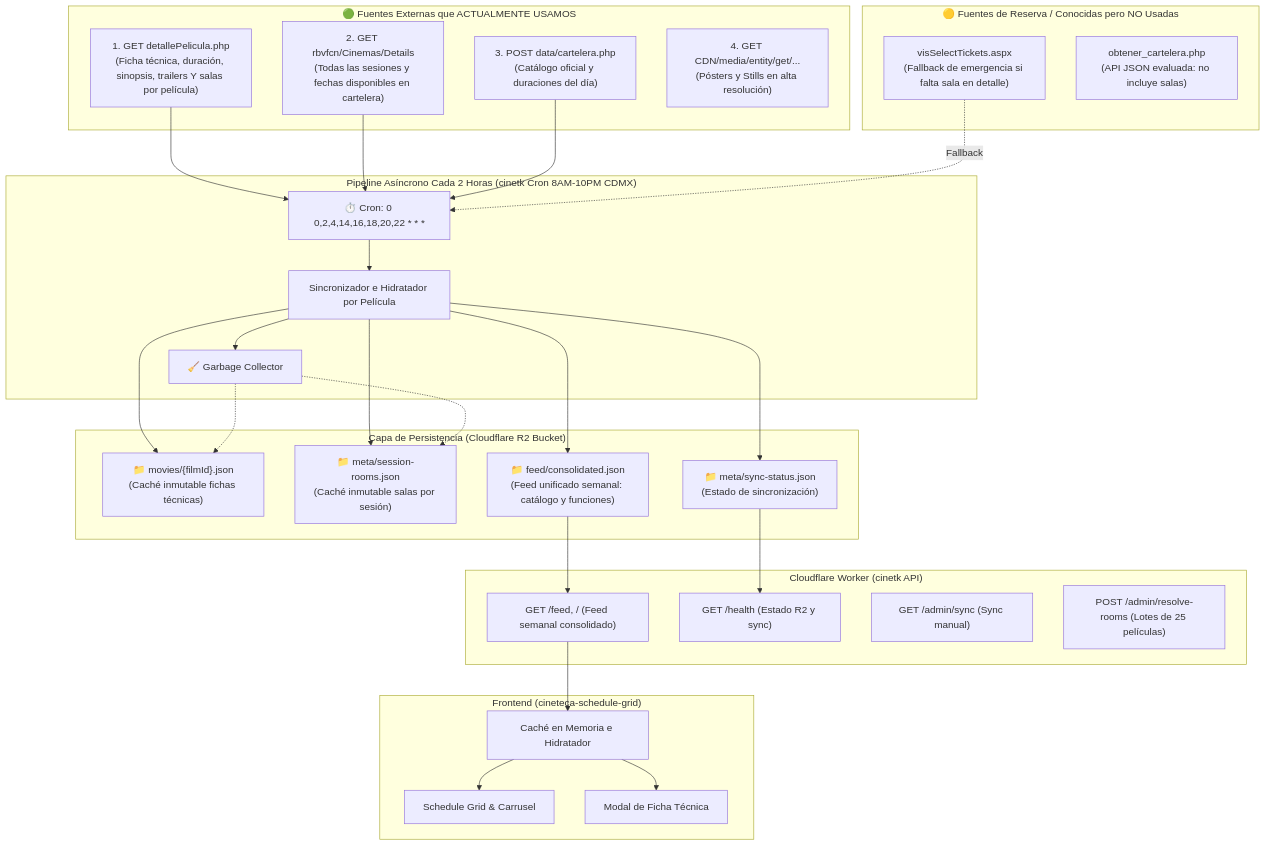
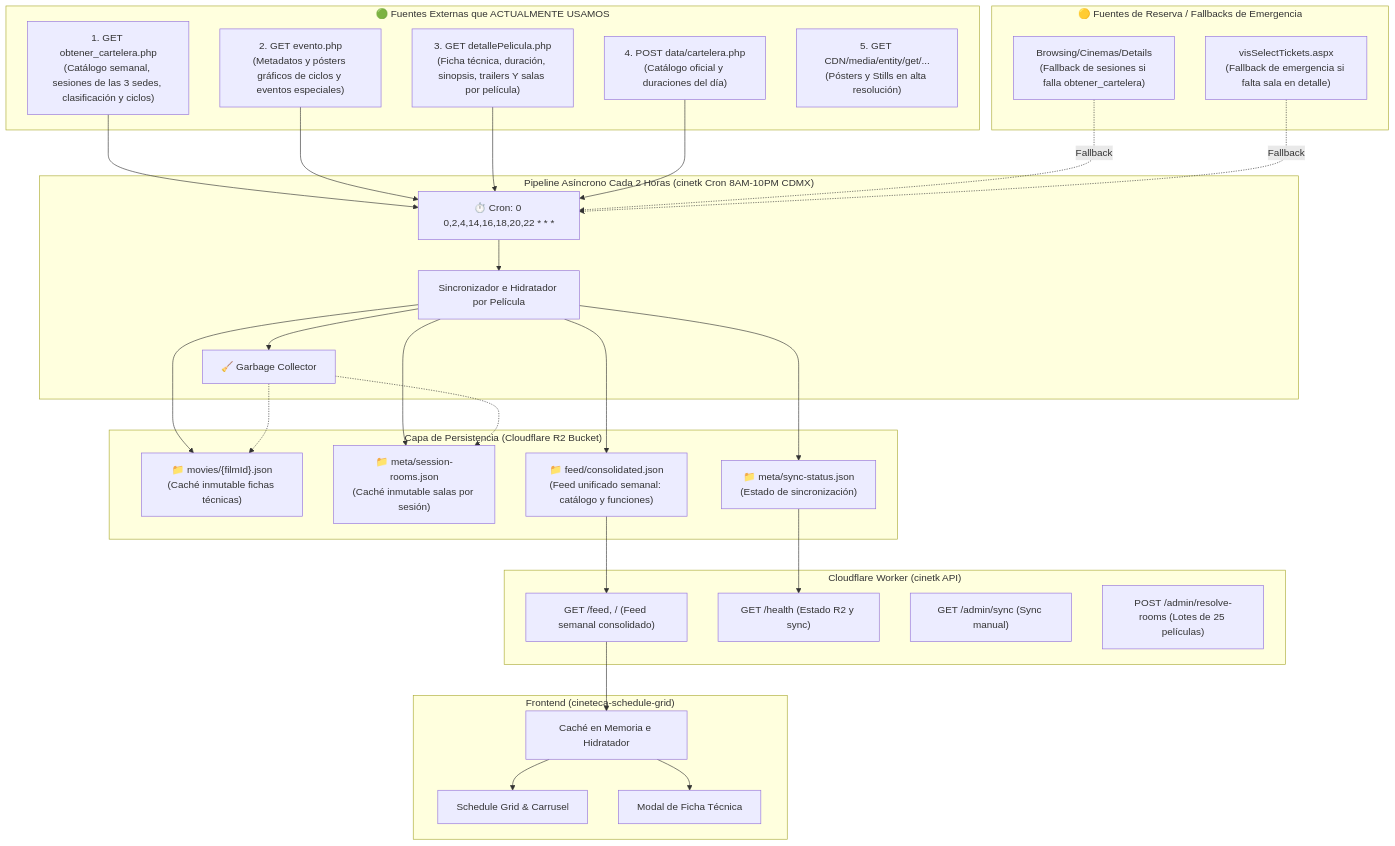
Before and after one commit to jjsantos01/cineteca-schedule-grid: the diagram in worker/DATA.md, drawn with Mermaid. The commit also changed other lines of this file and 11 other files, not shown here.

Commit message:
feat(worker): migrate primary session source to obtener_cartelera and add ciclos support

````diff
--- a/worker/DATA.md
+++ b/worker/DATA.md
@@ -9,51 +9,53 @@
 ```mermaid
 flowchart TD
     subgraph "🟢 Fuentes Externas que ACTUALMENTE USAMOS"
-        F1["1. GET detallePelicula.php<br>(Ficha técnica, duración, sinopsis, trailers Y salas por película)"]
-        F2["2. GET rbvfcn/Cinemas/Details<br>(Todas las sesiones y fechas disponibles en cartelera)"]
-        F3["3. POST data/cartelera.php<br>(Catálogo oficial y duraciones del día)"]
-        F4["4. GET CDN/media/entity/get/...<br>(Pósters y Stills en alta resolución)"]
+        F1["1. GET obtener_cartelera.php<br>(Catálogo semanal, sesiones de las 3 sedes, clasificación y ciclos)"]
+        F2["2. GET evento.php<br>(Metadatos y pósters gráficos de ciclos y eventos especiales)"]
+        F3["3. GET detallePelicula.php<br>(Ficha técnica, duración, sinopsis, trailers Y salas por película)"]
+        F4["4. POST data/cartelera.php<br>(Catálogo oficial y duraciones del día)"]
+        F5["5. GET CDN/media/entity/get/...<br>(Pósters y Stills en alta resolución)"]
     end
 
-    subgraph "🟡 Fuentes de Reserva / Conocidas pero NO Usadas"
-        FB1["visSelectTickets.aspx<br>(Fallback de emergencia si falta sala en detalle)"]
-        FB2["obtener_cartelera.php<br>(API JSON evaluada: no incluye salas)"]
+    subgraph "🟡 Fuentes de Reserva / Fallbacks de Emergencia"
+        FB1["Browsing/Cinemas/Details<br>(Fallback de sesiones si falla obtener_cartelera)"]
+        FB2["visSelectTickets.aspx<br>(Fallback de emergencia si falta sala en detalle)"]
     end
 
     subgraph "Pipeline Asíncrono Cada 2 Horas (cinetk Cron 8AM-10PM CDMX)"
         Cron["⏱️ Cron: 0 0,2,4,14,16,18,20,22 * * *"]
-        F1 & F2 & F3 --> Cron
+        F1 & F2 & F3 & F4 --> Cron
         FB1 -. Fallback .-> Cron
+        FB2 -. Fallback .-> Cron
         Cron --> Sync["Sincronizador e Hidratador por Película"]
         Sync --> GC["🧹 Garbage Collector"]
     end
 
     subgraph "Capa de Persistencia (Cloudflare R2 Bucket)"
         R2_MOV["📁 movies/{filmId}.json<br>(Caché inmutable fichas técnicas)"]
         R2_SES["📁 meta/session-rooms.json<br>(Caché inmutable salas por sesión)"]
         R2_FEED["📁 feed/consolidated.json<br>(Feed unificado semanal: catálogo y funciones)"]
         R2_META["📁 meta/sync-status.json<br>(Estado de sincronización)"]
     end
 
     Sync --> R2_MOV & R2_SES & R2_FEED & R2_META
     GC -.-> R2_MOV & R2_SES
 
     subgraph "Cloudflare Worker (cinetk API)"
         W_FEED["GET /feed, / (Feed semanal consolidado)"]
         W_HL["GET /health (Estado R2 y sync)"]
         W_ADM["GET /admin/sync (Sync manual)"]
         W_RES["POST /admin/resolve-rooms (Lotes de 25 películas)"]
     end
 
     R2_FEED --> W_FEED
     R2_META --> W_HL
 
     subgraph "Frontend (cineteca-schedule-grid)"
         UI_Store["Caché en Memoria e Hidratador"]
         UI_Grid["Schedule Grid & Carrusel"]
         UI_Modal["Modal de Ficha Técnica"]
     end
 
     W_FEED --> UI_Store
     UI_Store --> UI_Grid & UI_Modal
 ```
````
